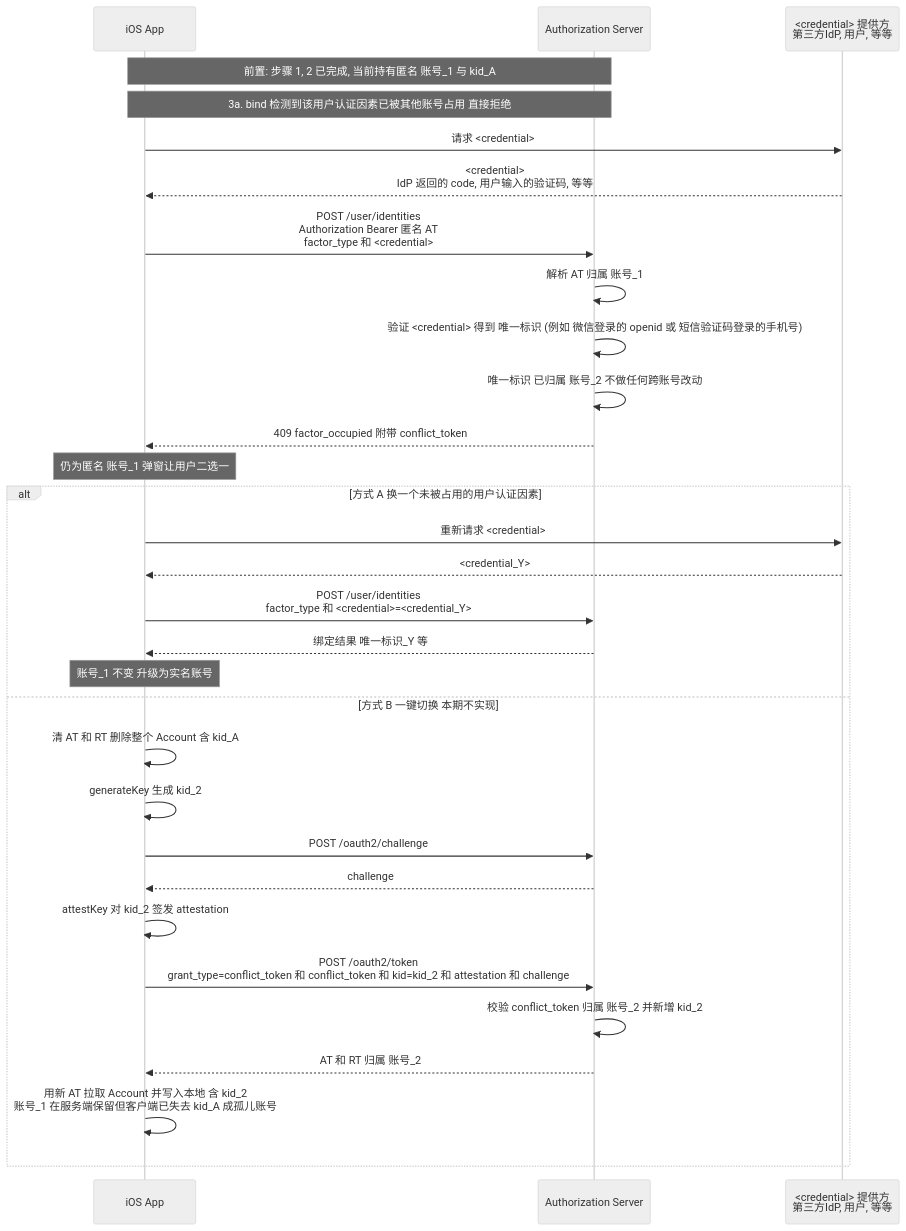
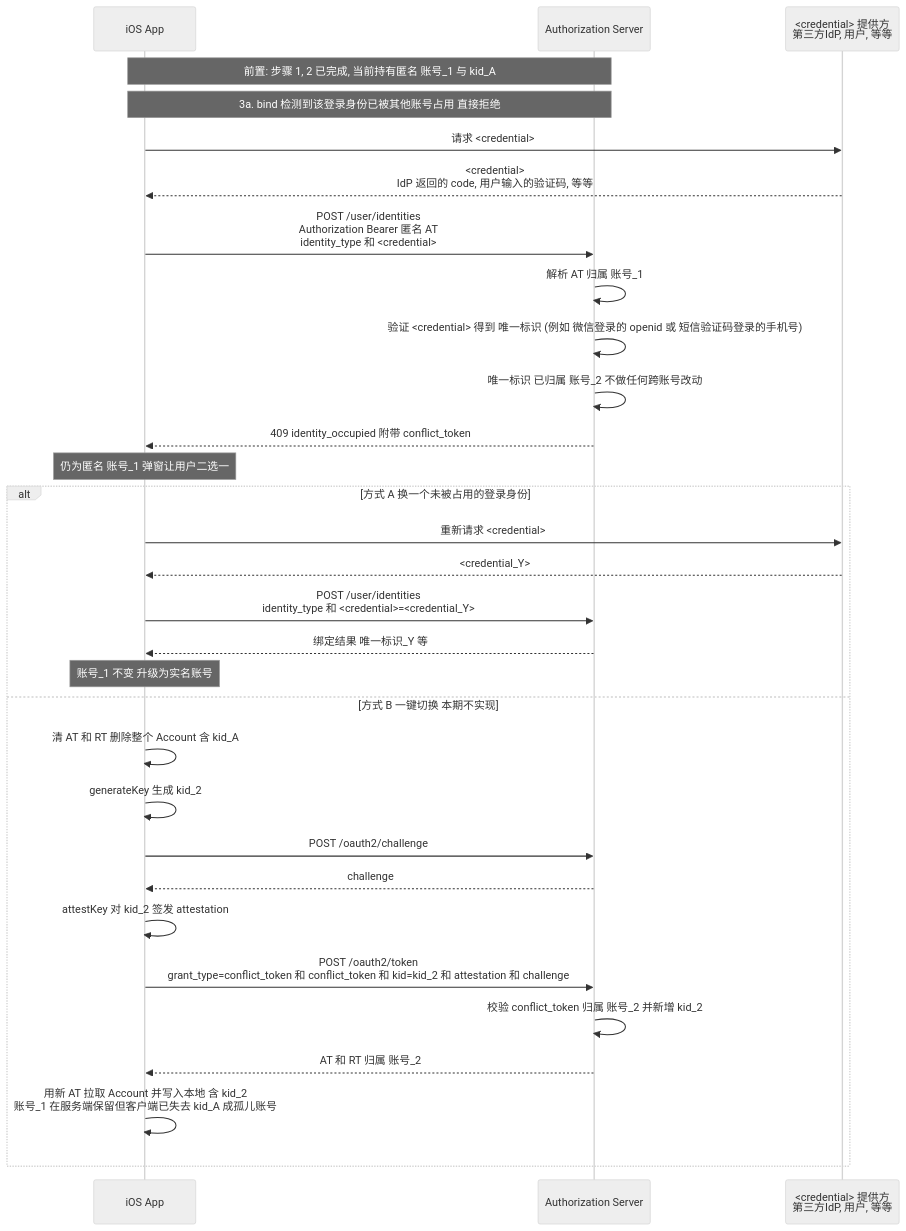
Before and after one commit to euler-projects/demo: the third of 4 diagrams in user-center/doc/apis/zh-cn/App-Attest-Login.md, drawn with Mermaid (neutral theme). The commit also changed other lines of this file and 18 other files, not shown here.

````diff
--- a/user-center/doc/apis/zh-cn/App-Attest-Login.md
+++ b/user-center/doc/apis/zh-cn/App-Attest-Login.md
@@ -332,36 +329,36 @@
 ```mermaid
 sequenceDiagram
     participant App as iOS App
     participant Server as Authorization Server
     participant CP as <credential> 提供方<br>第三方IdP, 用户, 等等
 
     Note over App,Server: 前置: 步骤 1, 2 已完成, 当前持有匿名 账号_1 与 kid_A
 
-    Note over App,Server: 3a. bind 检测到该用户认证因素已被其他账号占用 直接拒绝
+    Note over App,Server: 3a. bind 检测到该登录身份已被其他账号占用 直接拒绝
     App->>CP: 请求 <credential>
     CP-->>App: <credential><br>IdP 返回的 code, 用户输入的验证码, 等等
-    App->>Server: POST /user/identities<br/>Authorization Bearer 匿名 AT<br/>factor_type 和 <credential>
+    App->>Server: POST /user/identities<br/>Authorization Bearer 匿名 AT<br/>identity_type 和 <credential>
     Server->>Server: 解析 AT 归属 账号_1
     Server->>Server: 验证 <credential> 得到 唯一标识 (例如 微信登录的 openid 或 短信验证码登录的手机号)
     Server->>Server: 唯一标识 已归属 账号_2 不做任何跨账号改动
-    Server-->>App: 409 factor_occupied 附带 conflict_token
+    Server-->>App: 409 identity_occupied 附带 conflict_token
     Note over App: 仍为匿名 账号_1 弹窗让用户二选一
 
-    alt 方式 A 换一个未被占用的用户认证因素
+    alt 方式 A 换一个未被占用的登录身份
         App->>CP: 重新请求 <credential>
         CP-->>App: <credential_Y>
-        App->>Server: POST /user/identities<br/>factor_type 和 <credential>=<credential_Y>
+        App->>Server: POST /user/identities<br/>identity_type 和 <credential>=<credential_Y>
         Server-->>App: 绑定结果 唯一标识_Y 等
         Note over App: 账号_1 不变 升级为实名账号
     else 方式 B 一键切换 本期不实现
         App->>App: 清 AT 和 RT 删除整个 Account 含 kid_A
         App->>App: generateKey 生成 kid_2
         App->>Server: POST /oauth2/challenge
         Server-->>App: challenge
         App->>App: attestKey 对 kid_2 签发 attestation
         App->>Server: POST /oauth2/token<br/>grant_type=conflict_token 和 conflict_token 和 kid=kid_2 和 attestation 和 challenge
         Server->>Server: 校验 conflict_token 归属 账号_2 并新增 kid_2
         Server-->>App: AT 和 RT 归属 账号_2
         App->>App: 用新 AT 拉取 Account 并写入本地 含 kid_2<br/>账号_1 在服务端保留但客户端已失去 kid_A 成孤儿账号
     end
 ```
````
